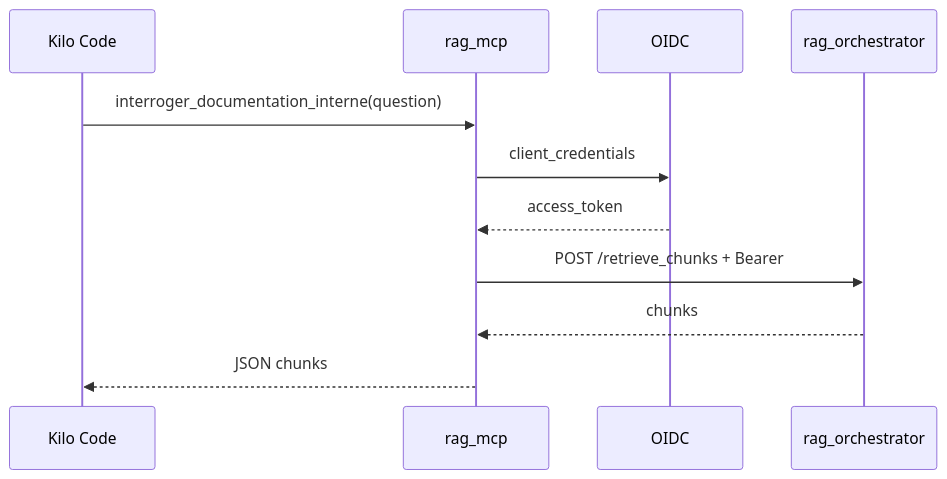
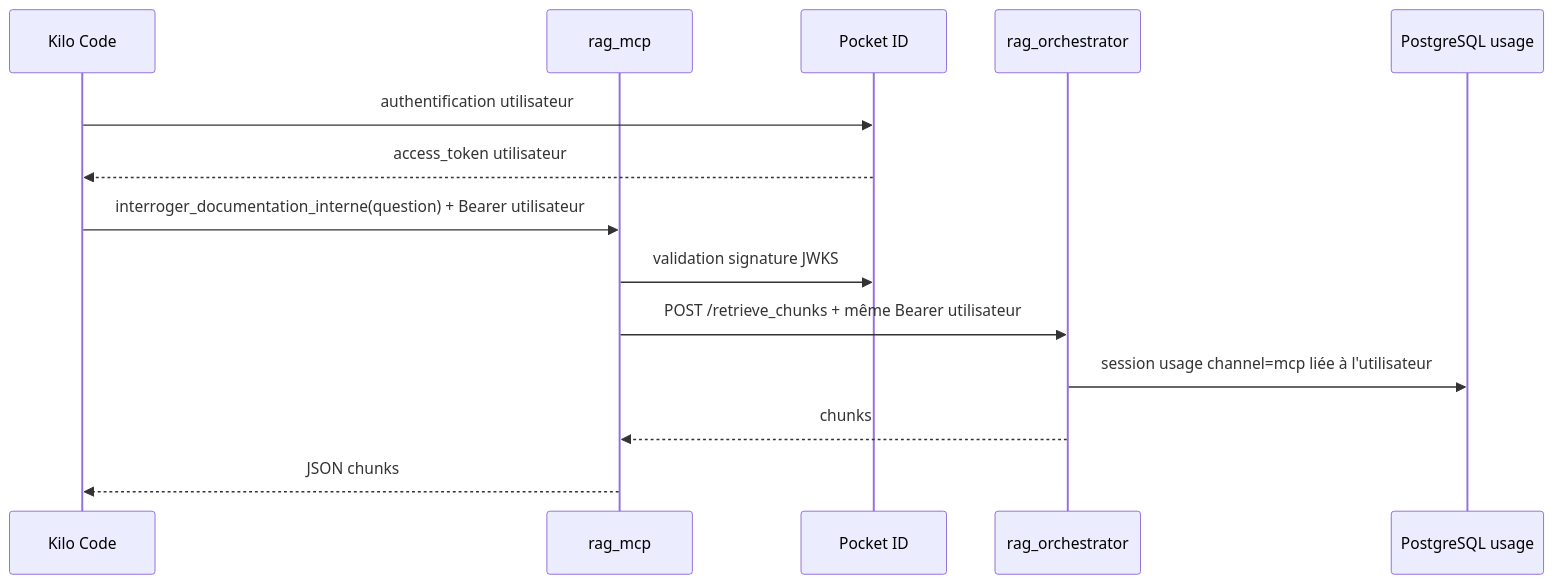
One commit to TanguyRaguenes/RAG changed the second of 2 diagrams in rag_mcp/docs/index.md. Above: the diagram before and after it, drawn with Mermaid. The commit also changed other lines of this file and 19 other files, not shown here.

Commit message:
feat: modification authentification MCP vers RAG

````diff
--- a/rag_mcp/docs/index.md
+++ b/rag_mcp/docs/index.md
@@ -42,13 +45,16 @@
 ```mermaid
 sequenceDiagram
     participant K as Kilo Code
     participant M as rag_mcp
-    participant OIDC as OIDC
+    participant OIDC as Pocket ID
     participant R as rag_orchestrator
-    K->>M: interroger_documentation_interne(question)
-    M->>OIDC: client_credentials
-    OIDC-->>M: access_token
-    M->>R: POST /retrieve_chunks + Bearer
+    participant DB as PostgreSQL usage
+    K->>OIDC: authentification utilisateur
+    OIDC-->>K: access_token utilisateur
+    K->>M: interroger_documentation_interne(question) + Bearer utilisateur
+    M->>OIDC: validation signature JWKS
+    M->>R: POST /retrieve_chunks + même Bearer utilisateur
+    R->>DB: session usage channel=mcp liée à l'utilisateur
     R-->>M: chunks
     M-->>K: JSON chunks
 ```
````
